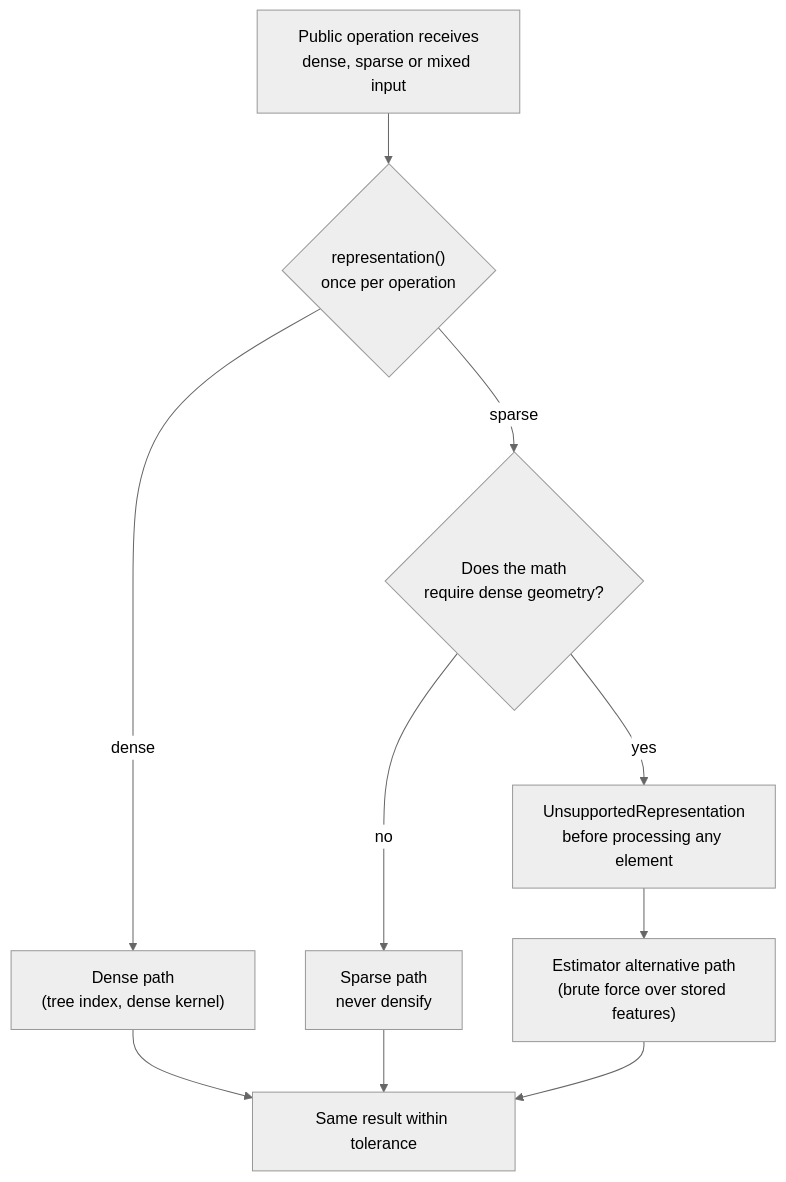
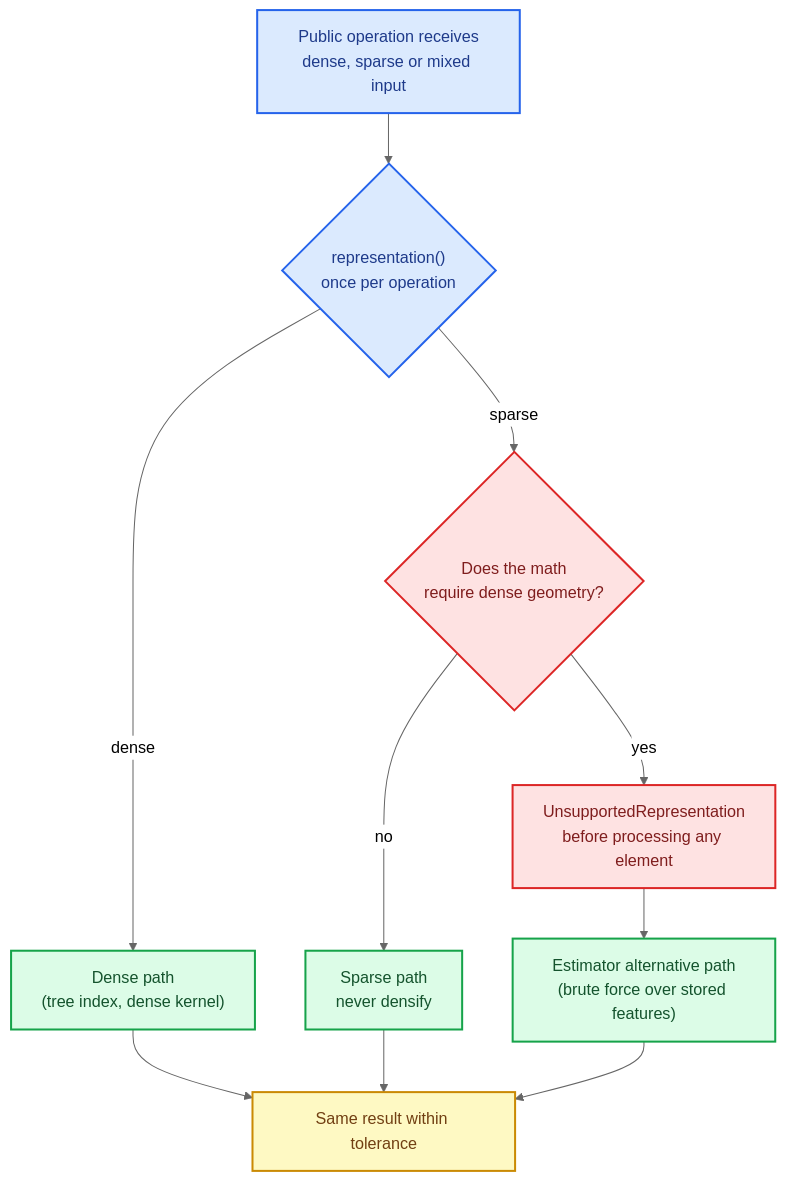
One commit to neurono-ml/sciencekit changed the first of 3 diagrams in docs/src/development-explained/ch02-common-core-contracts.md. Above: the diagram before and after it, drawn with Mermaid (neutral theme).

Commit message:
docs: make the parity diagram accessible and colourful

````diff
--- a/docs/src/development-explained/ch02-common-core-contracts.md
+++ b/docs/src/development-explained/ch02-common-core-contracts.md
@@ -364,12 +364,22 @@
 ```mermaid
 flowchart TD
+    accTitle: Representation parity dispatch
+    accDescr: An operation receives dense, sparse or mixed input and dispatches on the representation once. A tolerant algorithm takes the dense or sparse path and never densifies. An algorithm that needs dense geometry rejects sparse input with UnsupportedRepresentation before processing any element, and the estimator falls back to a documented alternative path such as brute force over the stored features. Every path ends in the same result within tolerance.
     A["Public operation receives<br/>dense, sparse or mixed input"] --> B{"representation()<br/>once per operation"}
     B -->|dense| C["Dense path<br/>(tree index, dense kernel)"]
     B -->|sparse| D{"Does the math<br/>require dense geometry?"}
     D -->|no| E["Sparse path<br/>never densify"]
     D -->|yes| F["UnsupportedRepresentation<br/>before processing any element"]
     F --> G["Estimator alternative path<br/>(brute force over stored features)"]
     C --> H["Same result within tolerance"]
     E --> H
     G --> H
+    classDef entry fill:#dbeafe,stroke:#2563eb,stroke-width:2px,color:#1e3a8a
+    classDef tolerant fill:#dcfce7,stroke:#16a34a,stroke-width:2px,color:#14532d
+    classDef reject fill:#fee2e2,stroke:#dc2626,stroke-width:2px,color:#7f1d1d
+    classDef result fill:#fef9c3,stroke:#ca8a04,stroke-width:2px,color:#713f12
+    class A,B entry
+    class C,E,G tolerant
+    class D,F reject
+    class H result
 ```
````
